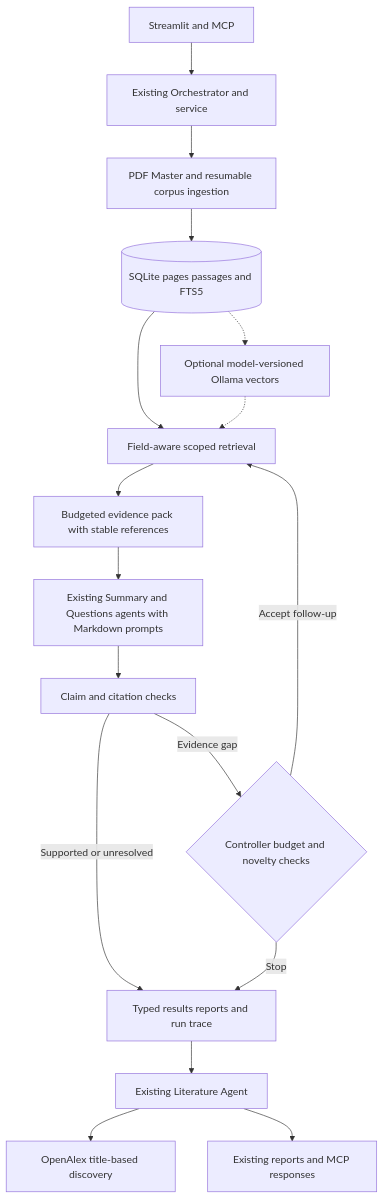
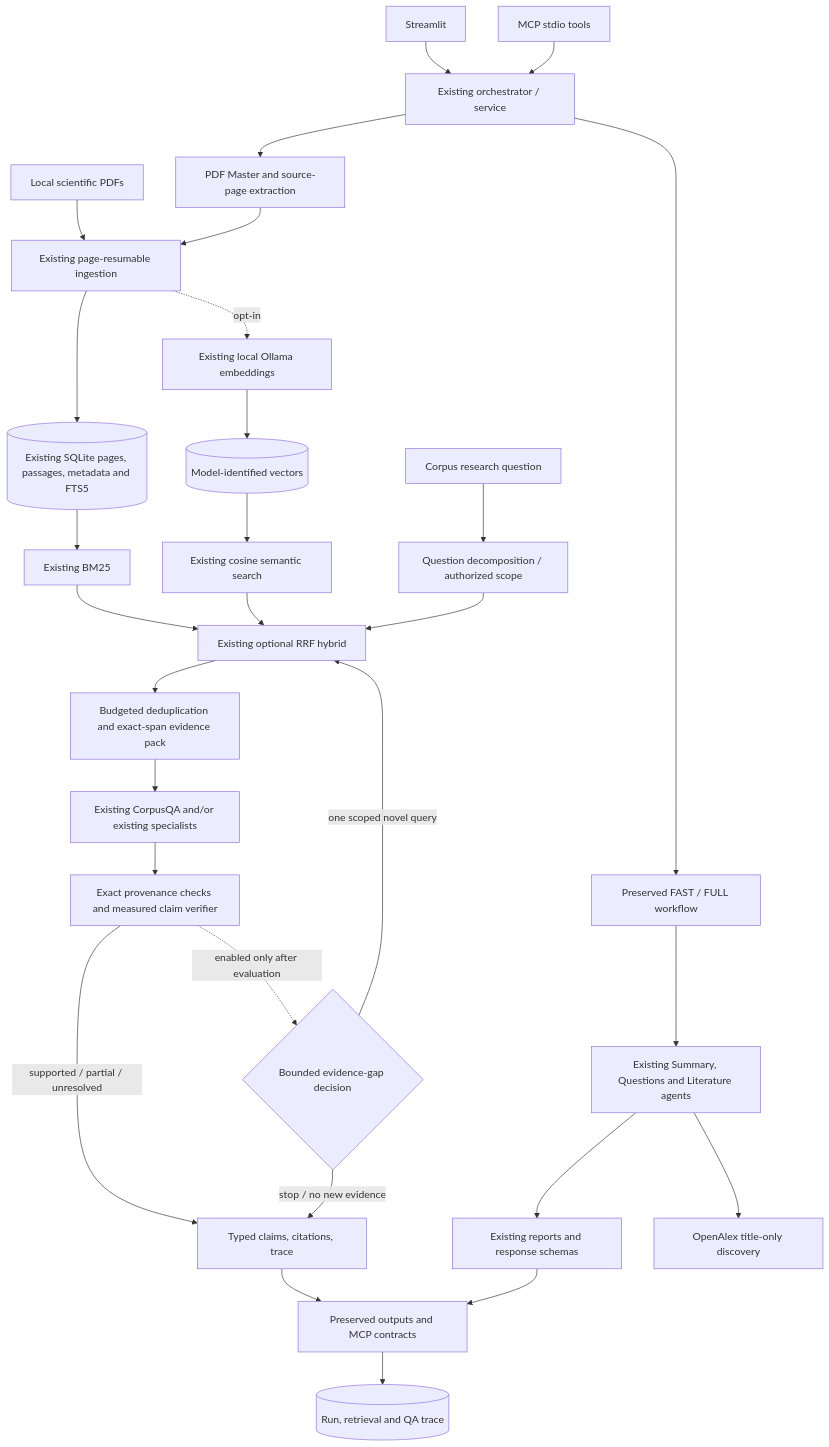
The diagram in audit/TARGET_ARCHITECTURE.md (FlaviuVasile/ai-research-agent-swarm), drawn with Mermaid before and after one commit. The commit also changed other lines of this file and 93 other files, not shown here.

Commit message:
Harden scientific corpus QA and document evaluation

````diff
--- a/audit/TARGET_ARCHITECTURE.md
+++ b/audit/TARGET_ARCHITECTURE.md
@@ -3,19 +3,31 @@
 ```mermaid
 flowchart TD
-    Entry[Streamlit and MCP] --> O[Existing Orchestrator and service]
-    O --> P[PDF Master and resumable corpus ingestion]
-    P --> DB[(SQLite pages passages and FTS5)]
-    DB --> R[Field-aware scoped retrieval]
-    DB -.-> V[Optional model-versioned Ollama vectors]
-    V -.-> R
-    R --> C[Budgeted evidence pack with stable references]
-    C --> A[Existing Summary and Questions agents with Markdown prompts]
-    A --> X[Claim and citation checks]
-    X -->|Supported or unresolved| Out[Typed results reports and run trace]
-    X -->|Evidence gap| G{Controller budget and novelty checks}
-    G -->|Accept follow-up| R
-    G -->|Stop| Out
-    Out --> L[Existing Literature Agent]
-    L --> OA[OpenAlex title-based discovery]
-    L --> E[Existing reports and MCP responses]
+    UP[Local scientific PDFs] --> ING[Existing page-resumable ingestion]
+    ING --> DB[(Existing SQLite pages, passages, metadata and FTS5)]
+    ING -. opt-in .-> EMB[Existing local Ollama embeddings]
+    EMB --> VEC[(Model-identified vectors)]
+    UI[Streamlit] --> CTRL[Existing orchestrator / service]
+    MCP[MCP stdio tools] --> CTRL
+    CTRL --> PDF[PDF Master and source-page extraction]
+    PDF --> ING
+    CTRL --> OLD[Preserved FAST / FULL workflow]
+    OLD --> AGENTS[Existing Summary, Questions and Literature agents]
+    AGENTS --> REPORTS[Existing reports and response schemas]
+    USER[Corpus research question] --> Q[Question decomposition / authorized scope]
+    DB --> BM[Existing BM25]
+    VEC --> SEM[Existing cosine semantic search]
+    BM --> MIX[Existing optional RRF hybrid]
+    SEM --> MIX
+    MIX --> PACK[Budgeted deduplication and exact-span evidence pack]
+    Q --> MIX
+    PACK --> QA[Existing CorpusQA and/or existing specialists]
+    QA --> VAL[Exact provenance checks and measured claim verifier]
+    VAL -->|supported / partial / unresolved| RESULT[Typed claims, citations, trace]
+    VAL -. enabled only after evaluation .-> LOOP{Bounded evidence-gap decision}
+    LOOP -->|one scoped novel query| MIX
+    LOOP -->|stop / no new evidence| RESULT
+    REPORTS --> OUT[Preserved outputs and MCP contracts]
+    RESULT --> OUT
+    AGENTS --> OPEN[OpenAlex title-only discovery]
+    OUT --> OBS[(Run, retrieval and QA trace)]
 ```
````
